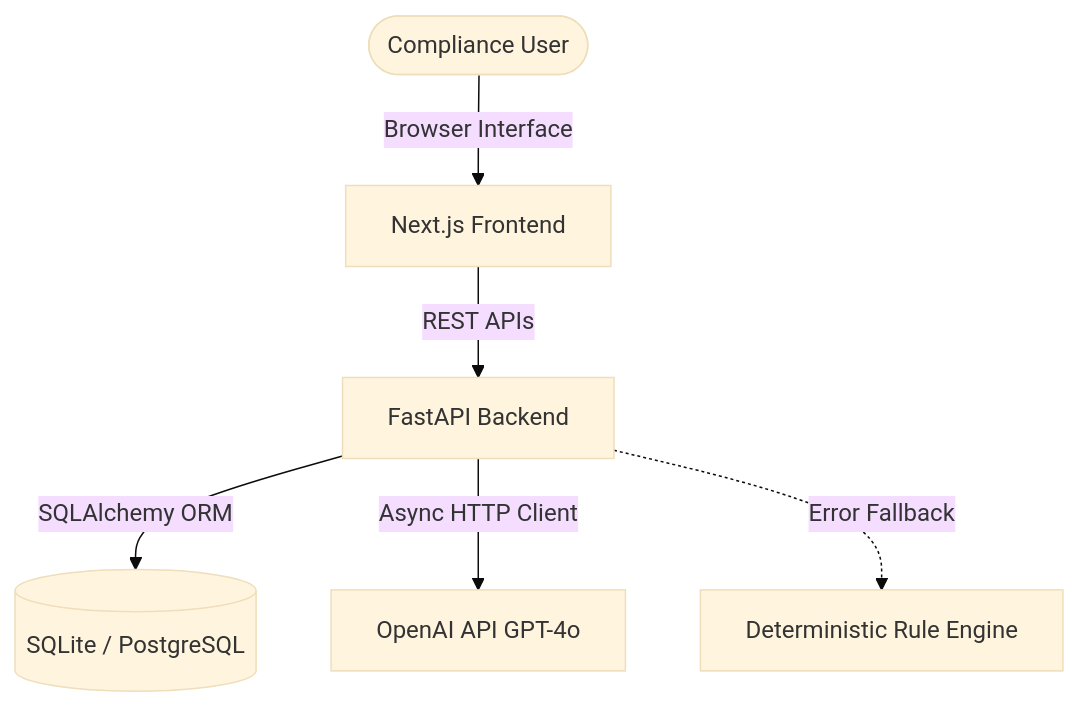
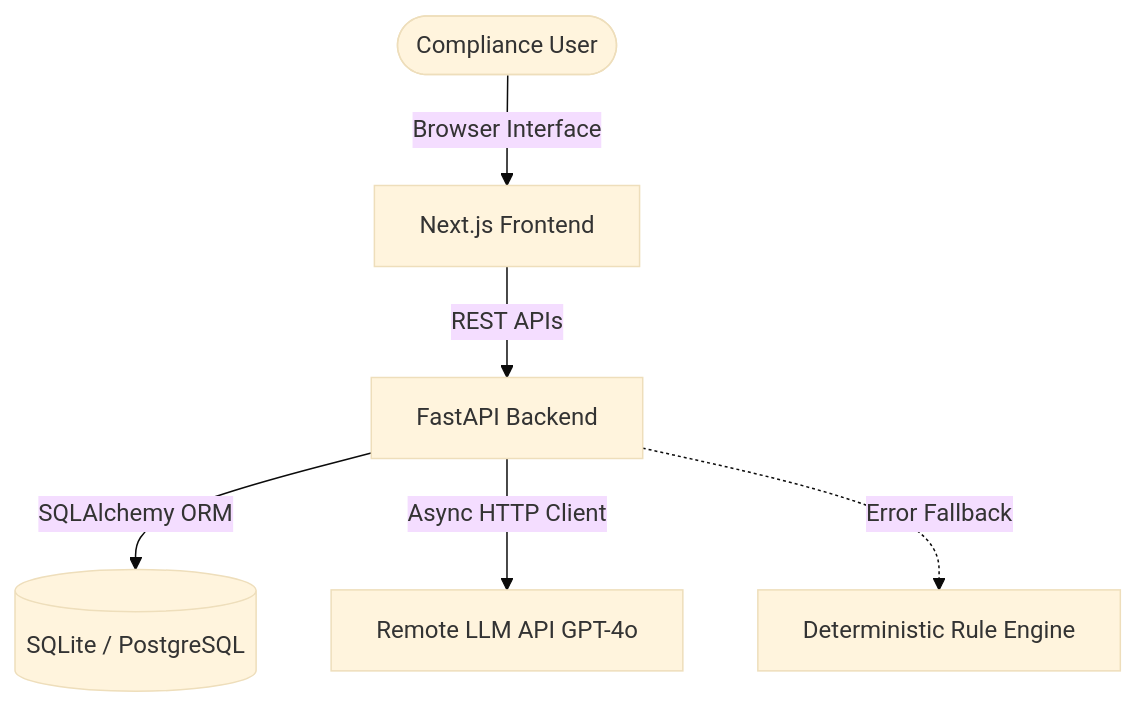
Before and after one commit to nihan-98716/RegLoop-AI: the diagram in README.md, drawn with Mermaid (base theme). The commit also changed other lines of this file and 25 other files, not shown here.

````diff
--- a/README.md
+++ b/README.md
@@ -41,8 +41,8 @@
 ```mermaid
 graph TD
     User([Compliance User]) -->|Browser Interface| Frontend[Next.js Frontend]
     Frontend -->|REST APIs| Backend[FastAPI Backend]
     Backend -->|SQLAlchemy ORM| DB[(SQLite / PostgreSQL)]
-    Backend -->|Async HTTP Client| OpenAI[OpenAI API GPT-4o]
+    Backend -->|Async HTTP Client| RemoteLLM[Remote LLM API GPT-4o]
     Backend -.->|Error Fallback| LocalRules[Deterministic Rule Engine]
 ```
````
